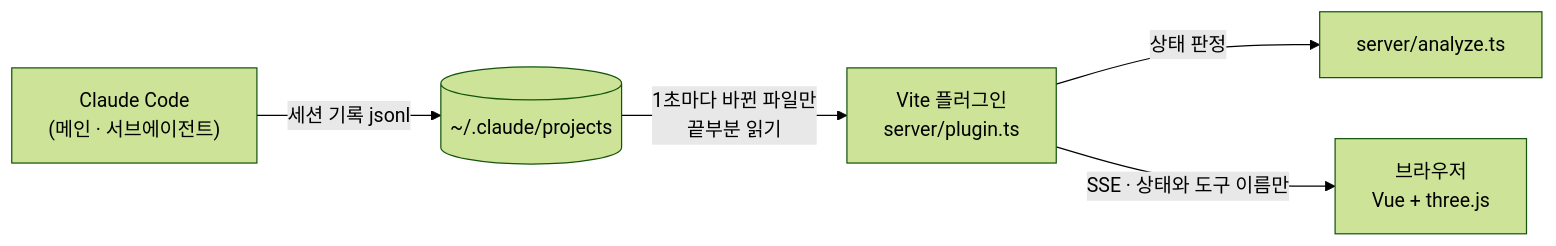
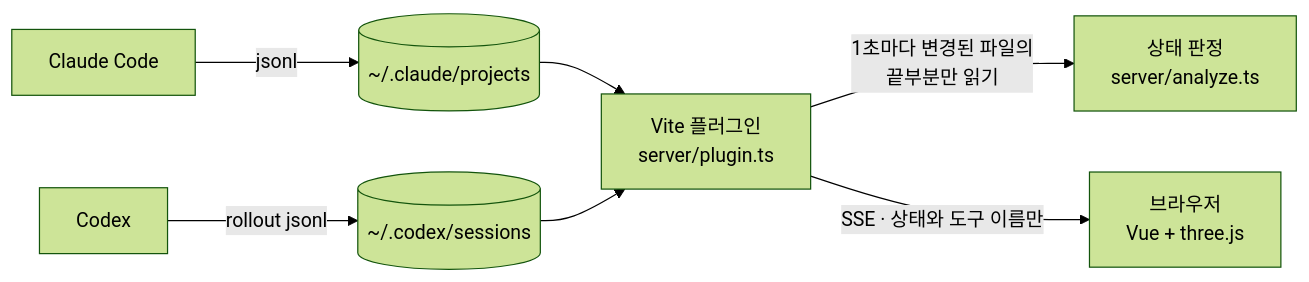
The diagram in README.md (NaStillmatic/agent-office), drawn with Mermaid (forest theme) before and after one commit. The commit also changed other lines of this file and 33 other files, not shown here.

````diff
--- a/README.md
+++ b/README.md
@@ -92,7 +94,9 @@
 ```mermaid
 flowchart LR
-  CC["Claude Code<br/>(메인 · 서브에이전트)"] -- 세션 기록 jsonl --> FS[("~/.claude/projects")]
-  FS -- "1초마다 바뀐 파일만<br/>끝부분 읽기" --> P["Vite 플러그인<br/>server/plugin.ts"]
-  P -- 상태 판정 --> A["server/analyze.ts"]
+  CC["Claude Code"] -- jsonl --> FS[("~/.claude/projects")]
+  CX["Codex"] -- rollout jsonl --> CS[("~/.codex/sessions")]
+  FS --> P
+  CS --> P
+  P["Vite 플러그인<br/>server/plugin.ts"] -- "1초마다 변경된 파일의<br/>끝부분만 읽기" --> A["상태 판정<br/>server/analyze.ts"]
   P -- "SSE · 상태와 도구 이름만" --> UI["브라우저<br/>Vue + three.js"]
 ```
````
